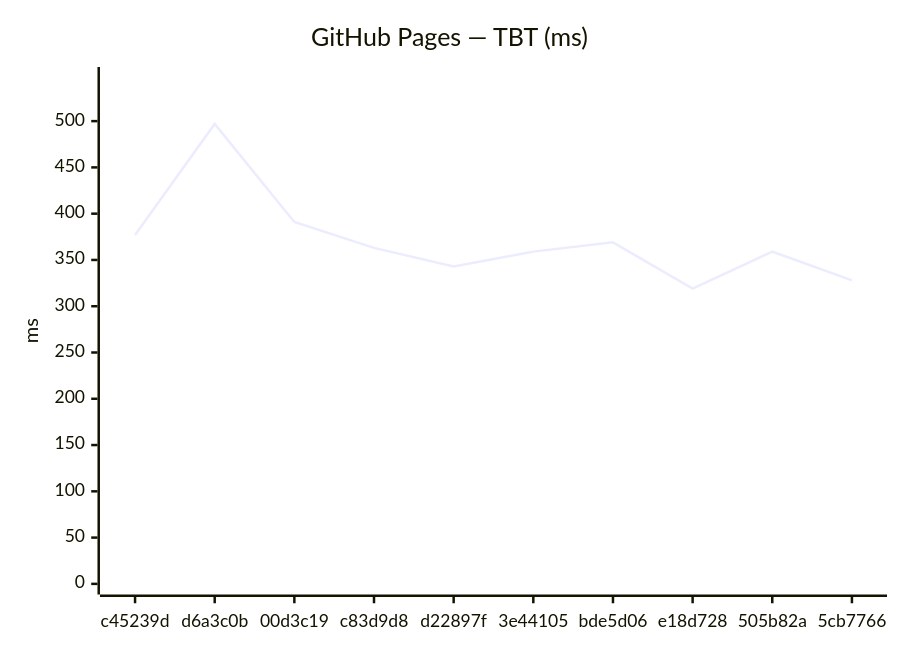
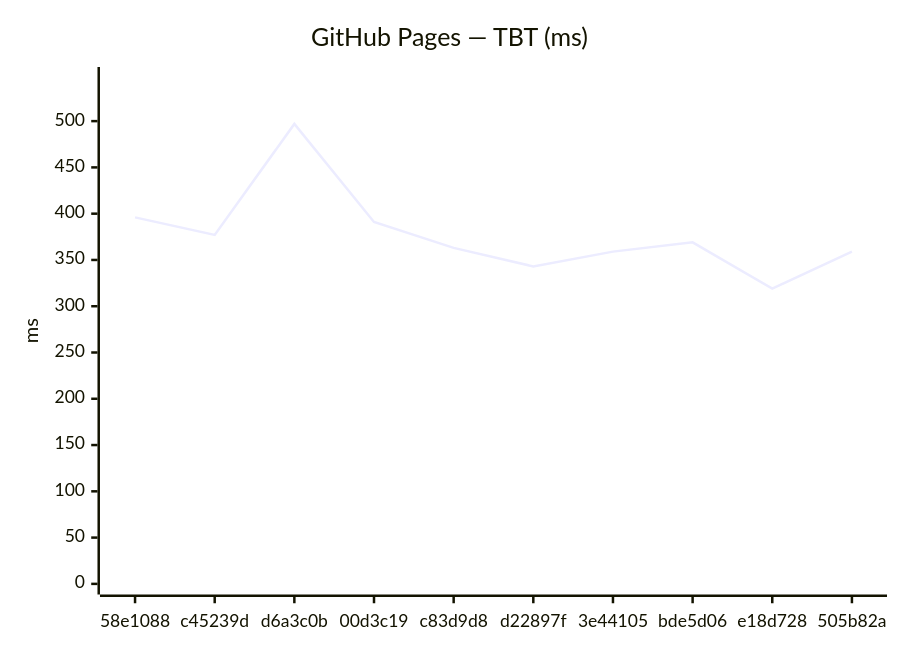
The fourth of 18 diagrams in benchmarks/compare.md (Metaheurist/Rianell), drawn with Mermaid before and after one commit. The commit also changed other lines of this file and 11 other files, not shown here.

````diff
--- a/benchmarks/compare.md
+++ b/benchmarks/compare.md
@@ -61,7 +61,7 @@
 ```mermaid
 xychart-beta
     title "GitHub Pages — TBT (ms)"
-    x-axis ["c45239d", "d6a3c0b", "00d3c19", "c83d9d8", "d22897f", "3e44105", "bde5d06", "e18d728", "505b82a", "5cb7766"]
+    x-axis ["58e1088", "c45239d", "d6a3c0b", "00d3c19", "c83d9d8", "d22897f", "3e44105", "bde5d06", "e18d728", "505b82a"]
     y-axis "ms" 0 --> 547
-    line [377, 497, 391, 363, 343, 359, 369, 319, 359, 328]
+    line [396, 377, 497, 391, 363, 343, 359, 369, 319, 359]
 ```
````
